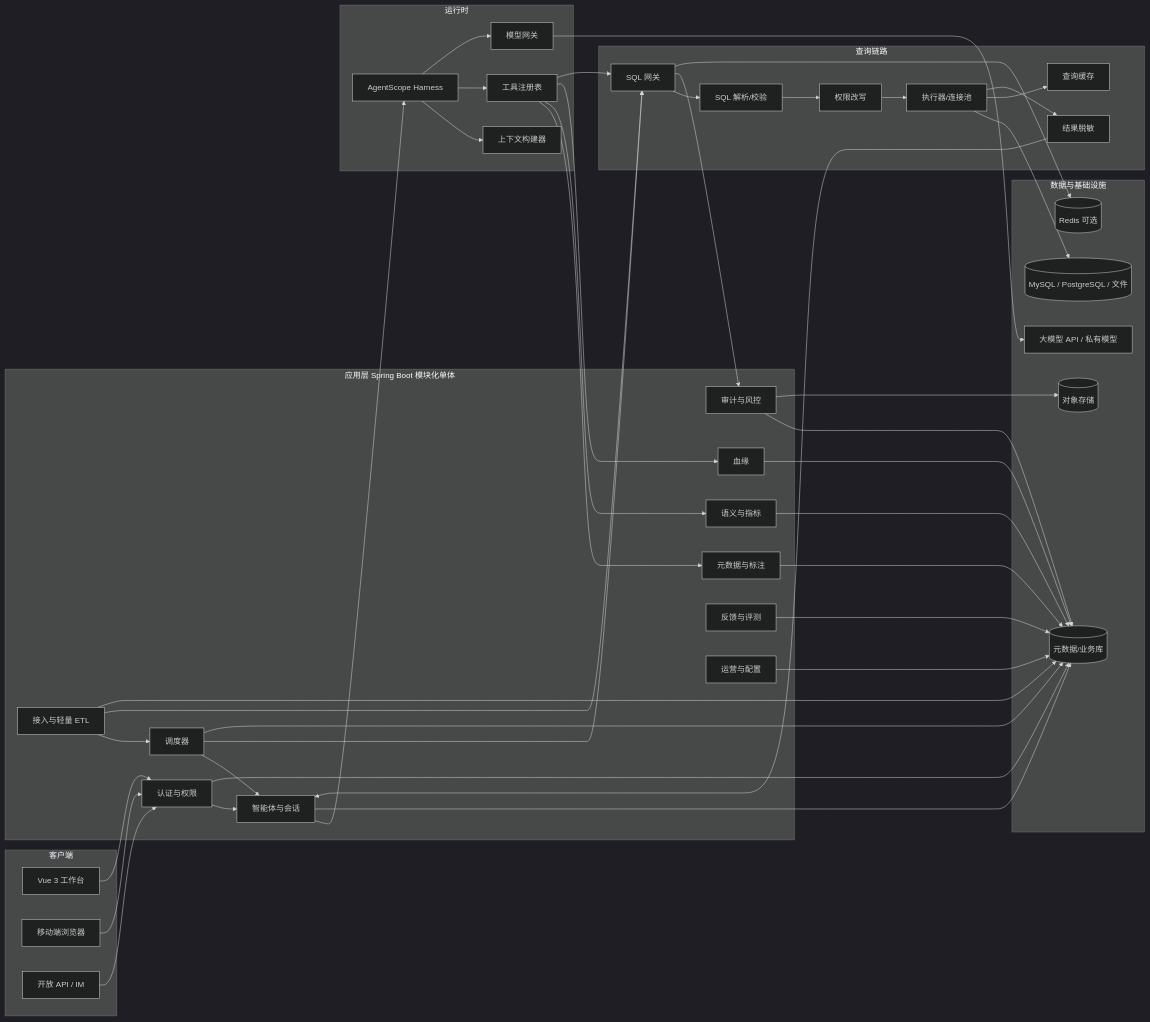
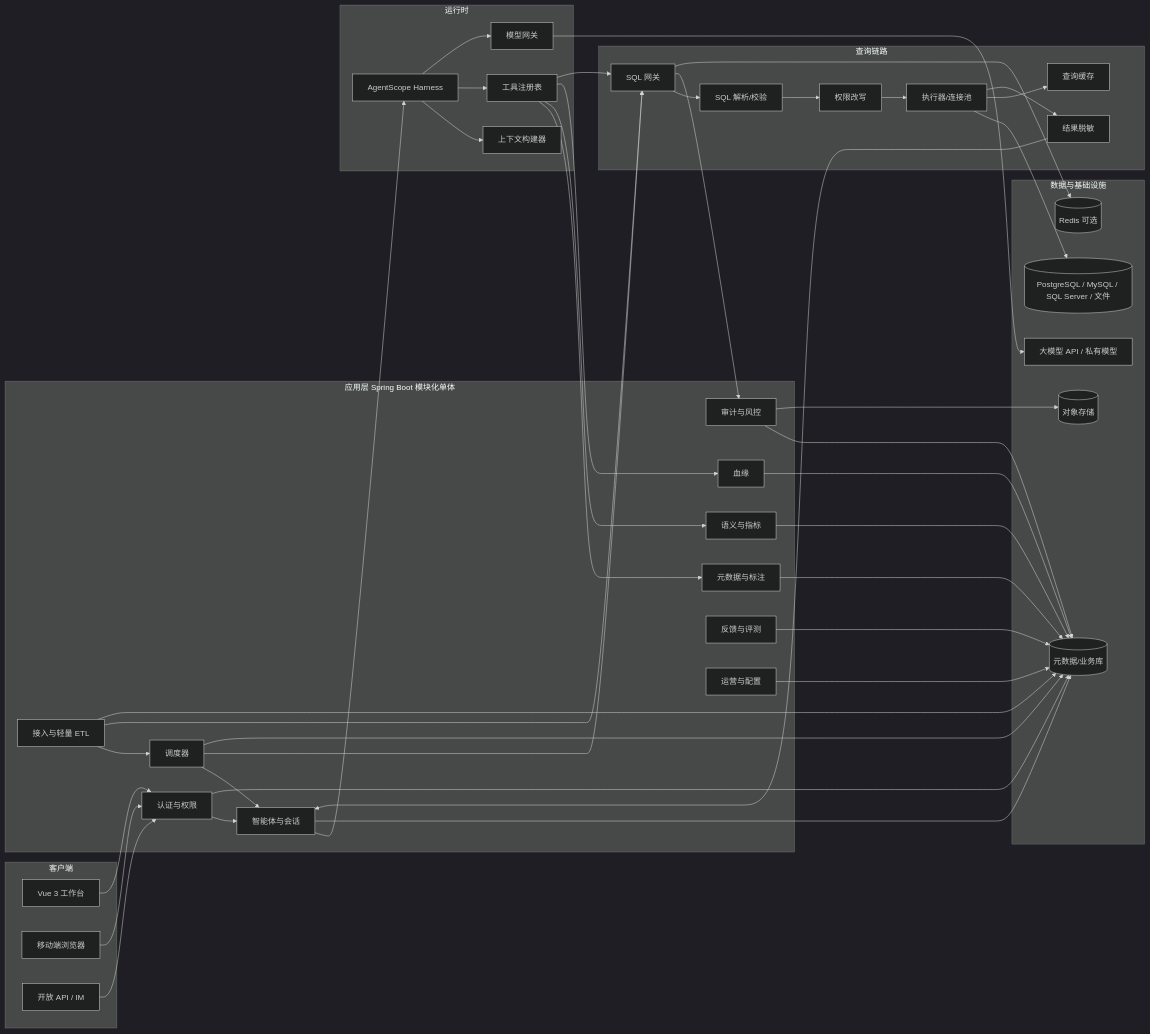
Before and after one commit to huansi-group/orchard: the first of 18 diagrams in docs/dataagent/03-functional-design.md, drawn with Mermaid (dark theme). The commit also changed other lines of this file and 8 other files, not shown here.

First line of the commit message:
docs: 按 PostgreSQL/MyBatis-Plus/Flyway 调整设计与表结构

```diff
--- a/docs/dataagent/03-functional-design.md
+++ b/docs/dataagent/03-functional-design.md
@@ -75,7 +75,7 @@
     OBJ[(对象存储)]
     SCHED[调度器]
     LLM[大模型 API / 私有模型]
-    SRC[(MySQL / PostgreSQL / 文件)]
+    SRC[(PostgreSQL / MySQL / SQL Server / 文件)]
   end
 
   WEB --> AUTH
```
